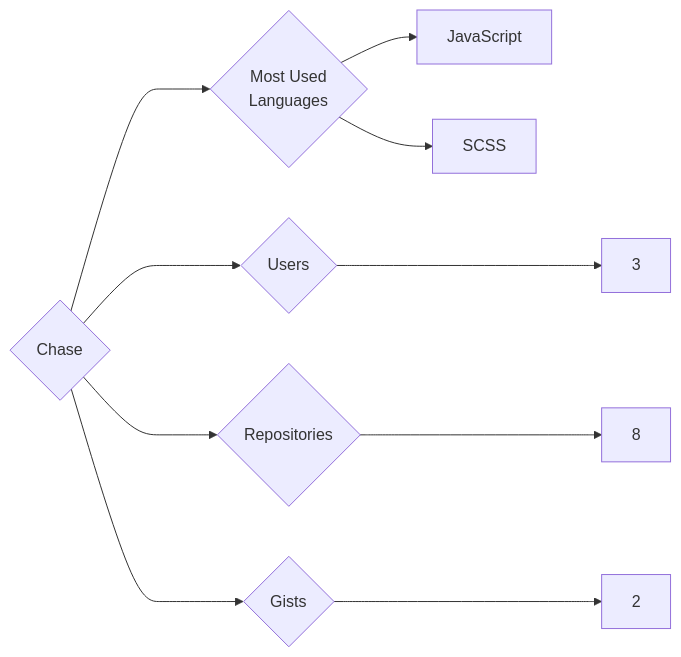
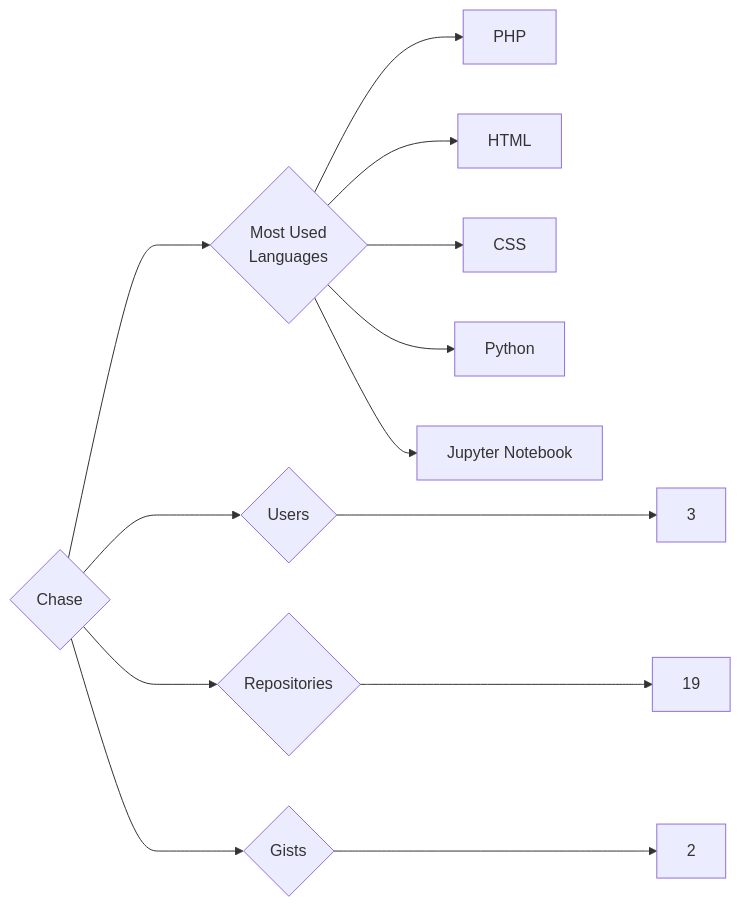
The diagram in targets/Chase/README.md (trickest/insiders), drawn with Mermaid before and after one commit. The commit also changed 681 other files, not shown here.

````diff
--- a/targets/Chase/README.md
+++ b/targets/Chase/README.md
@@ -3,10 +3,13 @@
 ```mermaid
 graph LR
 COMPANY_NAME{Chase}
 COMPANY_NAME ---> U{Users} ---> UN[3]
-COMPANY_NAME ---> R{Repositories} ---> RN[8]
+COMPANY_NAME ---> R{Repositories} ---> RN[19]
 COMPANY_NAME ---> G{Gists} ---> GN[2]
 COMPANY_NAME ---> ML{Most Used<br>Languages}
-ML --> JavaScript[JavaScript]
-ML --> SCSS[SCSS]
+ML --> PHP[PHP]
+ML --> HTML[HTML]
+ML --> CSS[CSS]
+ML --> Python[Python]
+ML --> Jupyter_Notebook[Jupyter Notebook]
 ```
````
